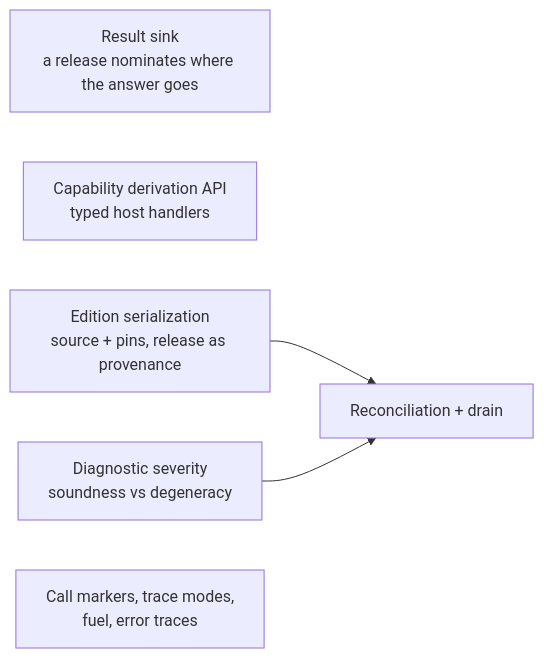
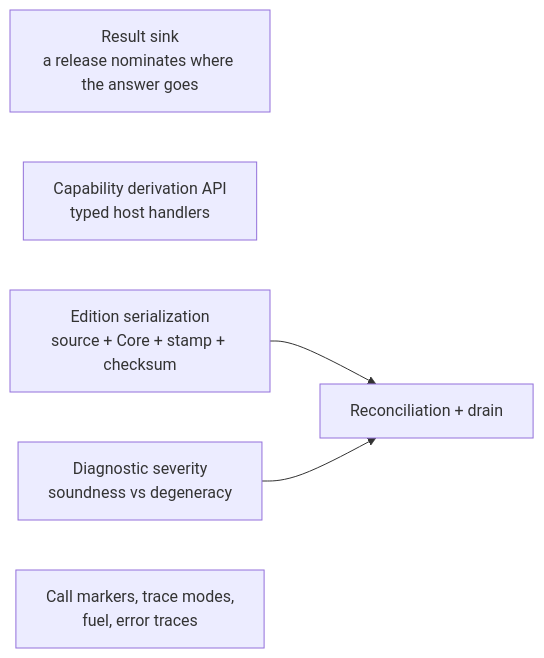
The diagram in docs/host-integration-roadmap.md (txsmith/klein), drawn with Mermaid before and after one commit. The commit also changed other lines of this file and 9 other files, not shown here.

````diff
--- a/docs/host-integration-roadmap.md
+++ b/docs/host-integration-roadmap.md
@@ -53,14 +53,14 @@
 ```mermaid
     graph LR
     SINK["Result sink<br/>a release nominates where the answer goes"]
     DERIVE["Capability derivation API<br/>typed host handlers"]
 
-    ED["Edition serialization<br/>source + pins, release as provenance"]
+    ED["Edition serialization<br/>source + Core + stamp + checksum"]
     SEV["Diagnostic severity<br/>soundness vs degeneracy"]
     RECON["Reconciliation + drain"]
 
     TRACE["Call markers, trace modes,<br/>fuel, error traces"]
 
     ED --> RECON
     SEV --> RECON
 ```
````
